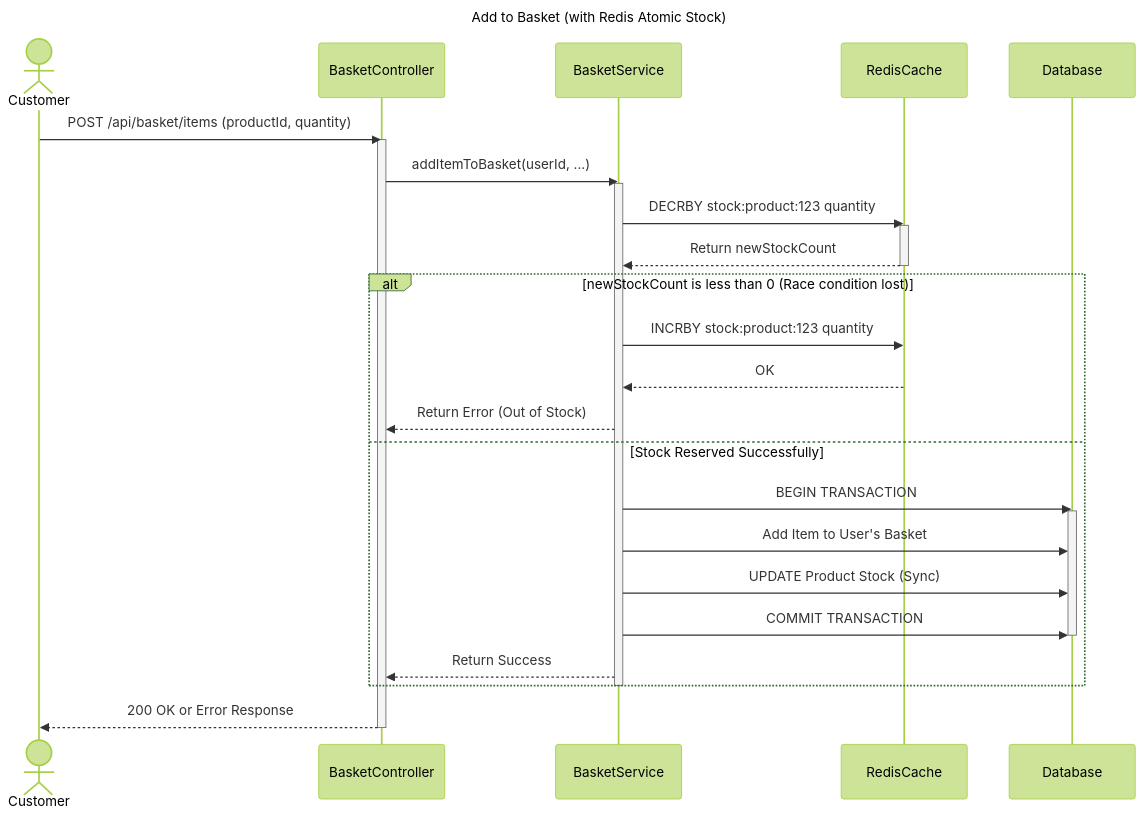
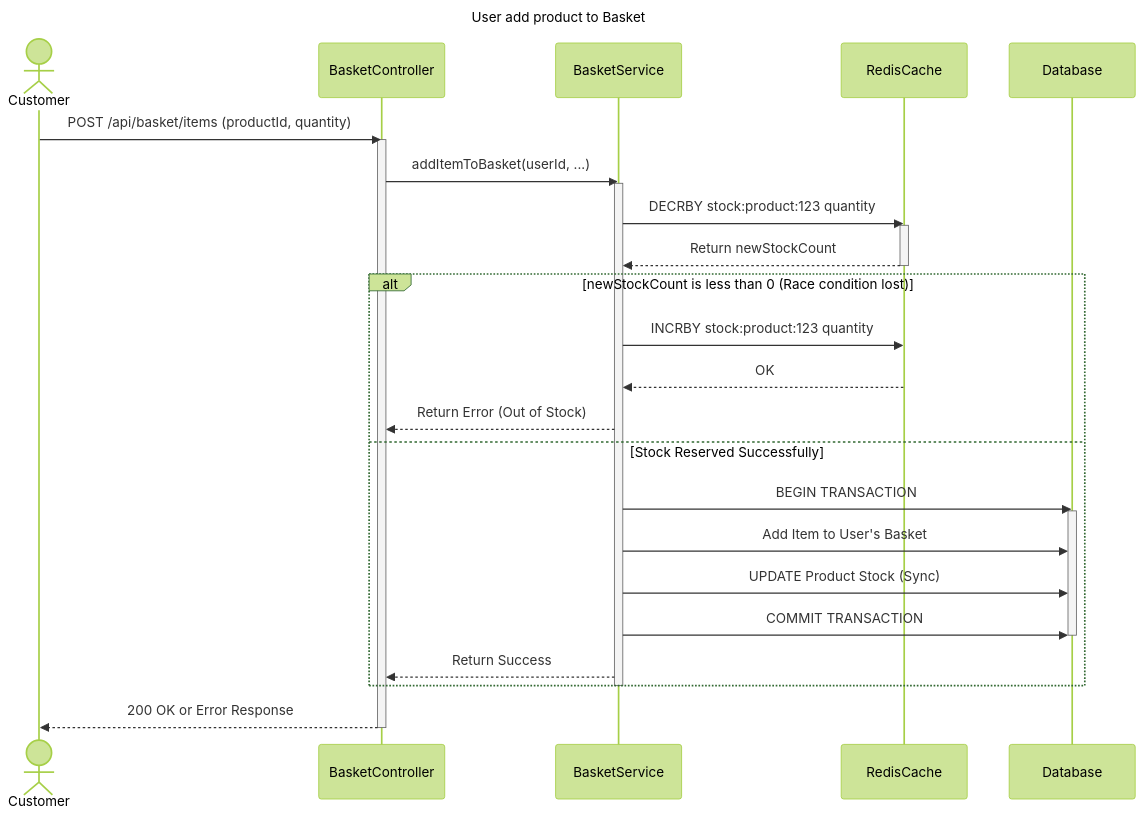
The diagram in diagram/sequence/user_add_to_basekt.mmd (ngaikkeung/electronic-store-checkout-backend), drawn with Mermaid (forest theme) before and after one commit. The commit also changed 3 other files, not shown here.

Commit message:
Update diagram

```diff
--- a/diagram/sequence/user_add_to_basekt.mmd
+++ b/diagram/sequence/user_add_to_basekt.mmd
@@ -1,41 +1,41 @@
 sequenceDiagram
-    title Add to Basket (with Redis Atomic Stock)
+    title User add product to Basket
 
     actor Customer
     participant BasketController
     participant BasketService
     participant RedisCache
     participant Database
 
     Customer->>BasketController: POST /api/basket/items (productId, quantity)
     activate BasketController
 
     BasketController->>BasketService: addItemToBasket(userId, ...)
     activate BasketService
 
     %% First, atomically decrease stock in Redis
     BasketService->>RedisCache: DECRBY stock:product:123 quantity
     activate RedisCache
     RedisCache-->>BasketService: Return newStockCount
     deactivate RedisCache
 
     alt newStockCount is less than 0 (Race condition lost)
         %% We took too many, so we must put them back
         BasketService->>RedisCache: INCRBY stock:product:123 quantity
         RedisCache-->>BasketService: OK
         BasketService-->>BasketController: Return Error (Out of Stock)
     else Stock Reserved Successfully
         %% Now that stock is reserved in Redis, update the persistent database
         BasketService->>Database: BEGIN TRANSACTION
         activate Database
         BasketService->>Database: Add Item to User's Basket
         BasketService->>Database: UPDATE Product Stock (Sync)
         BasketService->>Database: COMMIT TRANSACTION
         deactivate Database
 
         BasketService-->>BasketController: Return Success
     end
     deactivate BasketService
 
     BasketController-->>Customer: 200 OK or Error Response
     deactivate BasketController
```
